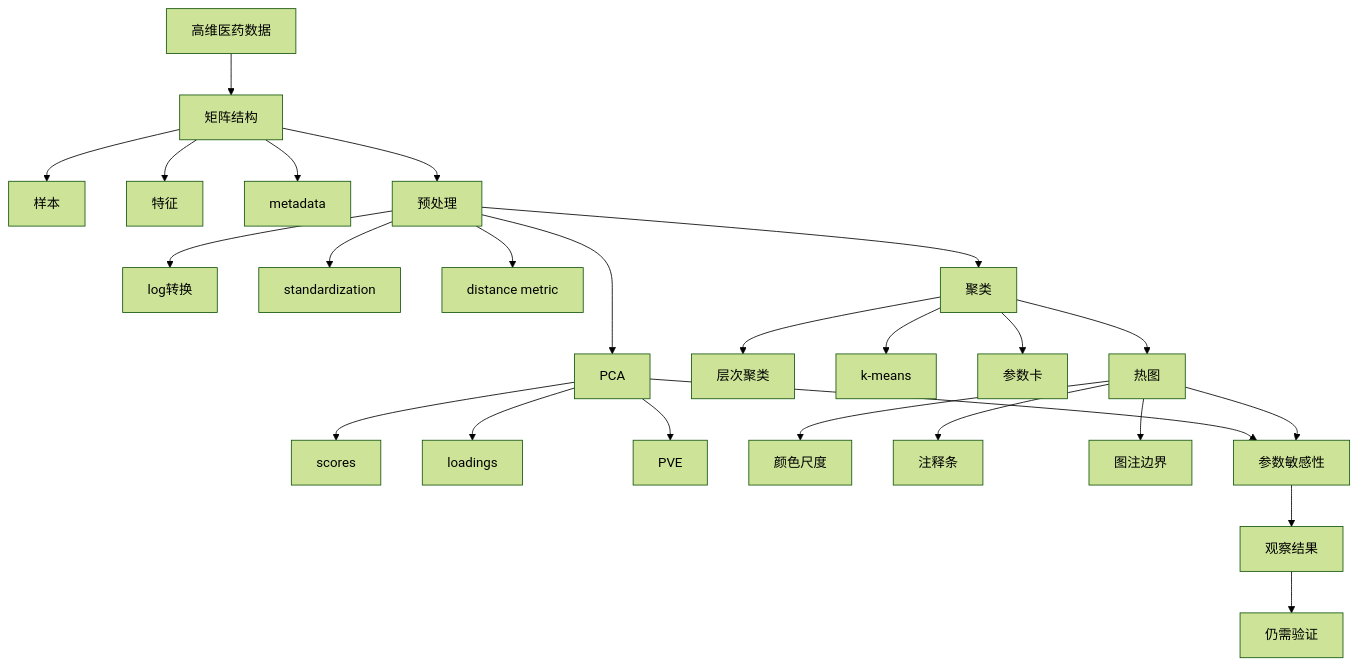
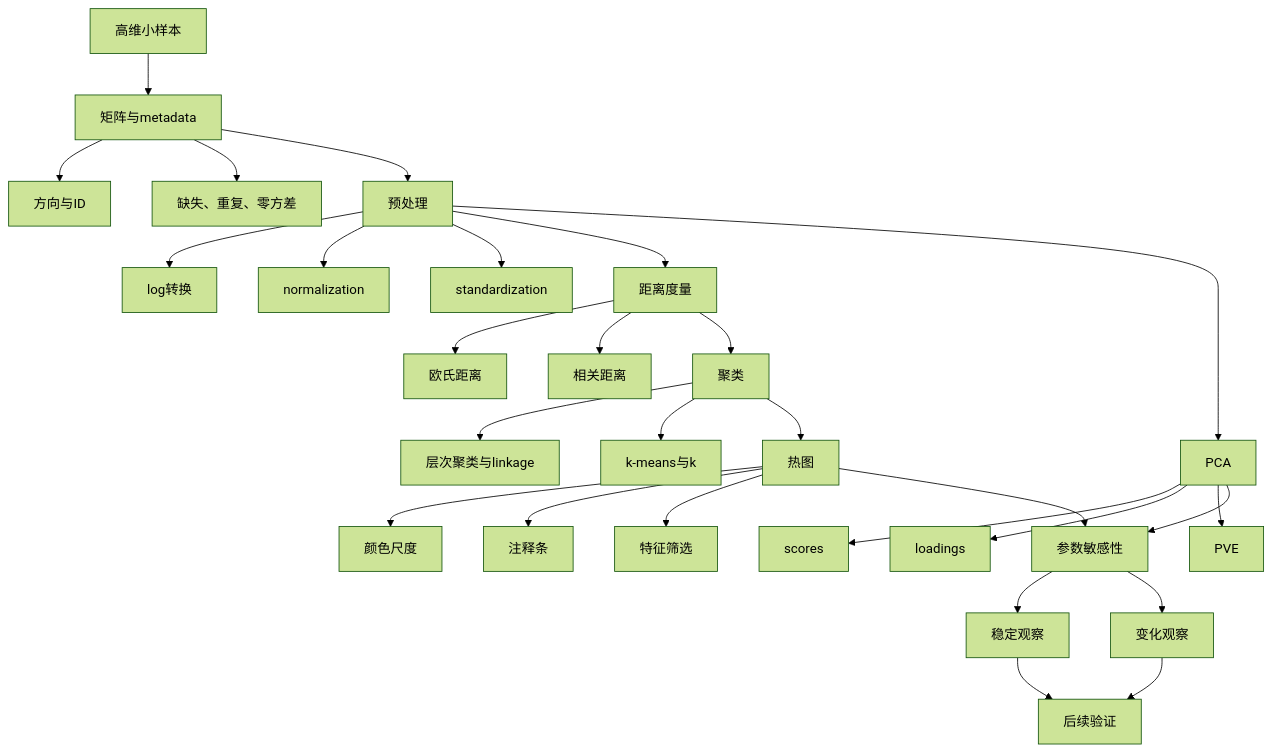
One commit to luvega/AI_MED_DataVis changed the second of 2 diagrams in docs/chapters/chapter-11/index.md. Above: the diagram before and after it, drawn with Mermaid (forest theme). The commit also changed other lines of this file and 84 other files, not shown here.

````diff
--- a/docs/chapters/chapter-11/index.md
+++ b/docs/chapters/chapter-11/index.md
@@ -347,27 +749,30 @@
 ```mermaid
 flowchart TD
-  A["高维医药数据"] --> B["矩阵结构"]
-  B --> B1["样本"]
-  B --> B2["特征"]
-  B --> B3["metadata"]
+  A["高维小样本"] --> B["矩阵与metadata"]
+  B --> B1["方向与ID"]
+  B --> B2["缺失、重复、零方差"]
   B --> C["预处理"]
   C --> C1["log转换"]
-  C --> C2["standardization"]
-  C --> C3["distance metric"]
-  C --> D["PCA"]
-  D --> D1["scores"]
-  D --> D2["loadings"]
-  D --> D3["PVE"]
-  C --> E["聚类"]
-  E --> E1["层次聚类"]
-  E --> E2["k-means"]
-  E --> E3["参数卡"]
-  E --> F["热图"]
-  F --> F1["颜色尺度"]
-  F --> F2["注释条"]
-  F --> F3["图注边界"]
-  D --> G["参数敏感性"]
-  F --> G
-  G --> H["观察结果"]
-  H --> I["仍需验证"]
+  C --> C2["normalization"]
+  C --> C3["standardization"]
+  C --> D["距离度量"]
+  D --> D1["欧氏距离"]
+  D --> D2["相关距离"]
+  C --> E["PCA"]
+  E --> E1["scores"]
+  E --> E2["loadings"]
+  E --> E3["PVE"]
+  D --> F["聚类"]
+  F --> F1["层次聚类与linkage"]
+  F --> F2["k-means与k"]
+  F --> G["热图"]
+  G --> G1["颜色尺度"]
+  G --> G2["注释条"]
+  G --> G3["特征筛选"]
+  E --> H["参数敏感性"]
+  G --> H
+  H --> I["稳定观察"]
+  H --> J["变化观察"]
+  I --> K["后续验证"]
+  J --> K
 ```
````
